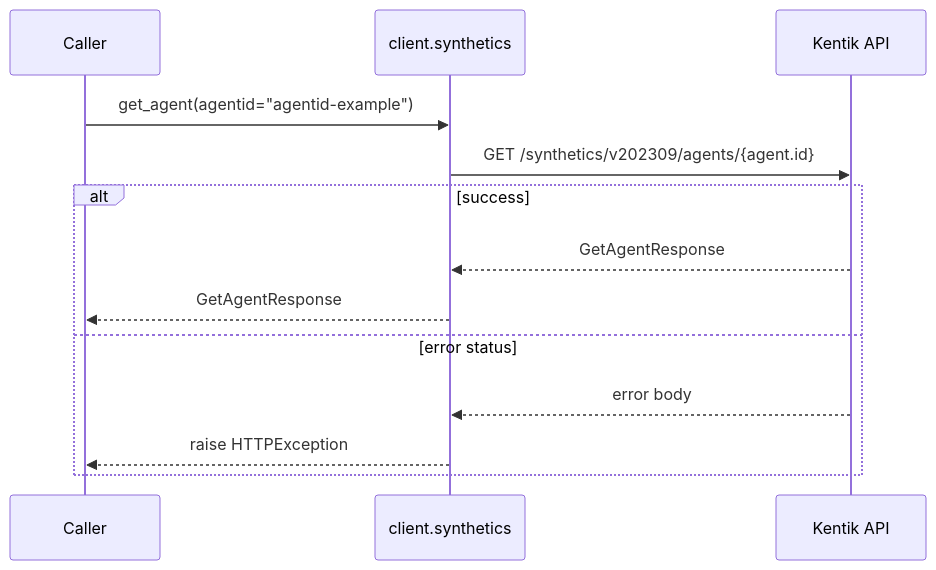
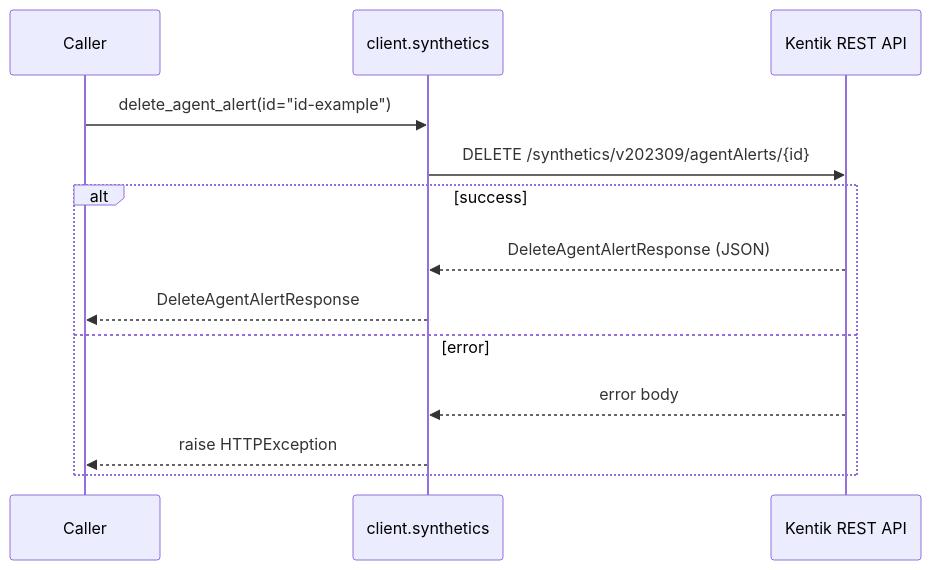
One commit to alexdearaujo/community_sdk_python changed the tenth of 38 diagrams in docs/sphinx/services/synthetics.md. Above: the diagram before and after it, drawn with Mermaid. The commit also changed other lines of this file and 61 other files, not shown here.

````diff
--- a/docs/sphinx/services/synthetics.md
+++ b/docs/sphinx/services/synthetics.md
@@ -327,16 +337,16 @@
 ```mermaid
 sequenceDiagram
     participant C as Caller
     participant W as client.synthetics
-    participant API as Kentik API
+    participant API as Kentik REST API
 
-    C->>W: get_agent(agentid="agentid-example")
-    W->>API: GET /synthetics/v202309/agents/{agent.id}
+    C->>W: delete_agent_alert(id="id-example")
+    W->>API: DELETE /synthetics/v202309/agentAlerts/{id}
     alt success
-        API-->>W: GetAgentResponse
-        W-->>C: GetAgentResponse
-    else error status
+        API-->>W: DeleteAgentAlertResponse (JSON)
+        W-->>C: DeleteAgentAlertResponse
+    else error
         API-->>W: error body
         W-->>C: raise HTTPException
     end
 ```
````
